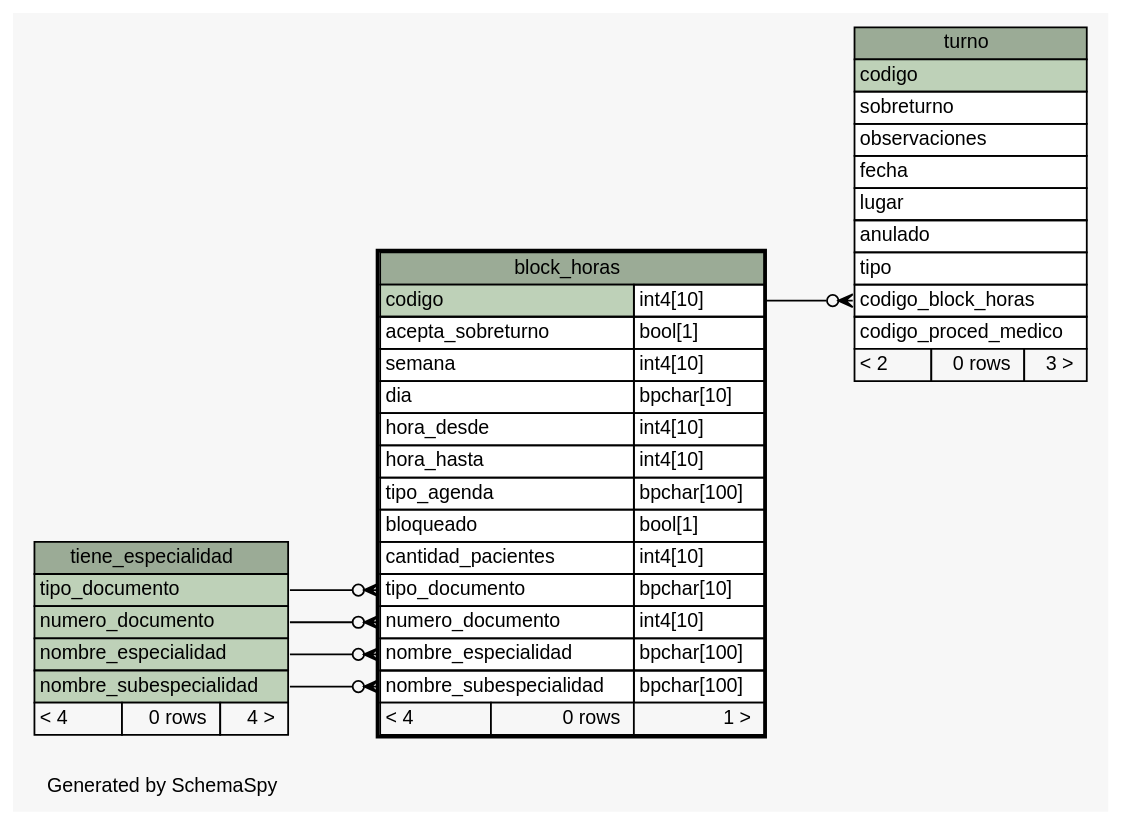
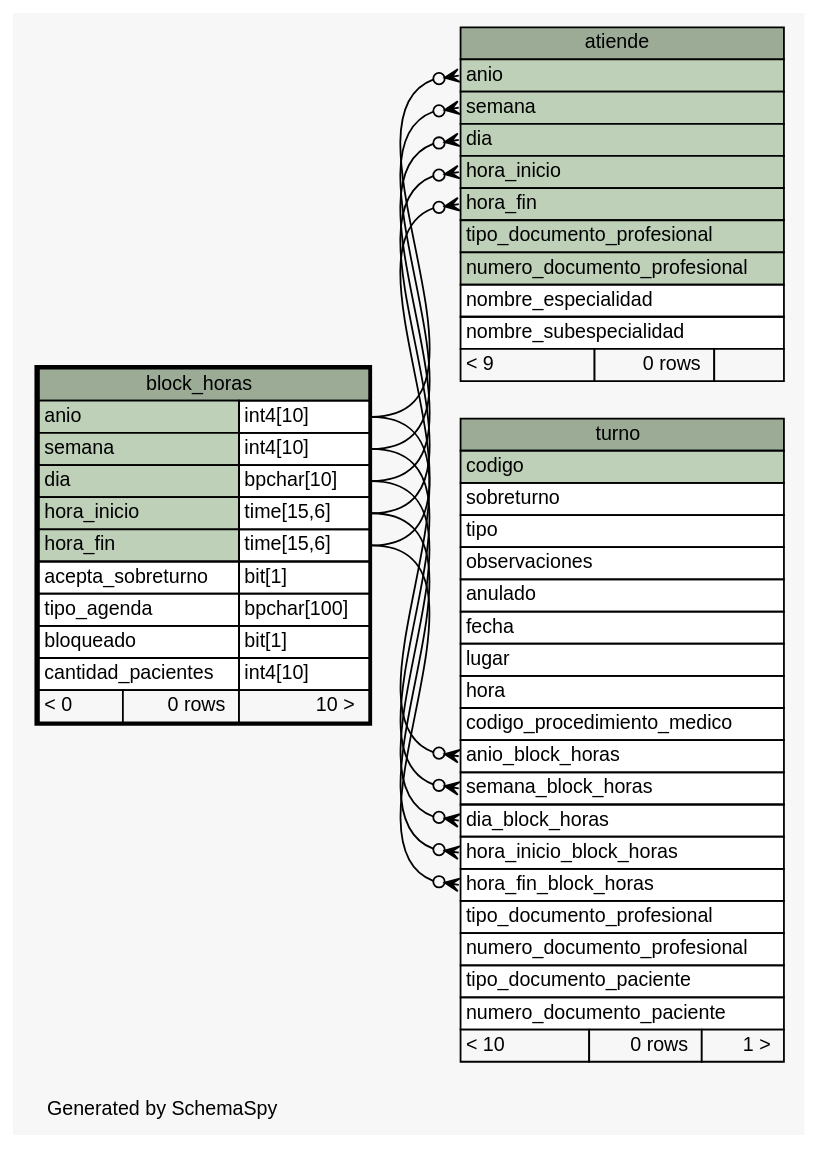
The diagram in tp1/build/schema/diagrams/block_horas.1degree.dot (smpiano/bd-1cuat-2014-agenda-med), drawn with Graphviz before and after one commit. The commit also changed 165 other files, not shown here.

```diff
--- a/tp1/build/schema/diagrams/block_horas.1degree.dot
+++ b/tp1/build/schema/diagrams/block_horas.1degree.dot
@@ -1,80 +1,95 @@
 // dot 2.26.3 on Linux 3.8.0-35-generic
 // SchemaSpy rev 590
 digraph "oneDegreeRelationshipsDiagram" {
   graph [
     rankdir="RL"
     bgcolor="#f7f7f7"
     label="\nGenerated by SchemaSpy"
     labeljust="l"
     nodesep="0.18"
     ranksep="0.46"
     fontname="Helvetica"
     fontsize="11"
   ];
   node [
     fontname="Helvetica"
     fontsize="11"
     shape="plaintext"
   ];
   edge [
     arrowsize="0.8"
   ];
-  "block_horas":"nombre_especialidad":w -> "tiene_especialidad":"nombre_especialidad":e [arrowhead=none dir=back arrowtail=crowodot];
-  "block_horas":"nombre_subespecialidad":w -> "tiene_especialidad":"nombre_subespecialidad":e [arrowhead=none dir=back arrowtail=crowodot];
-  "block_horas":"numero_documento":w -> "tiene_especialidad":"numero_documento":e [arrowhead=none dir=back arrowtail=crowodot];
-  "block_horas":"tipo_documento":w -> "tiene_especialidad":"tipo_documento":e [arrowhead=none dir=back arrowtail=crowodot];
-  "turno":"codigo_block_horas":w -> "block_horas":"codigo.type":e [arrowhead=none dir=back arrowtail=crowodot];
+  "atiende":"anio":w -> "block_horas":"anio.type":e [arrowhead=none dir=back arrowtail=crowodot];
+  "atiende":"dia":w -> "block_horas":"dia.type":e [arrowhead=none dir=back arrowtail=crowodot];
+  "atiende":"hora_fin":w -> "block_horas":"hora_fin.type":e [arrowhead=none dir=back arrowtail=crowodot];
+  "atiende":"hora_inicio":w -> "block_horas":"hora_inicio.type":e [arrowhead=none dir=back arrowtail=crowodot];
+  "atiende":"semana":w -> "block_horas":"semana.type":e [arrowhead=none dir=back arrowtail=crowodot];
+  "turno":"anio_block_horas":w -> "block_horas":"anio.type":e [arrowhead=none dir=back arrowtail=crowodot];
+  "turno":"dia_block_horas":w -> "block_horas":"dia.type":e [arrowhead=none dir=back arrowtail=crowodot];
+  "turno":"hora_fin_block_horas":w -> "block_horas":"hora_fin.type":e [arrowhead=none dir=back arrowtail=crowodot];
+  "turno":"hora_inicio_block_horas":w -> "block_horas":"hora_inicio.type":e [arrowhead=none dir=back arrowtail=crowodot];
+  "turno":"semana_block_horas":w -> "block_horas":"semana.type":e [arrowhead=none dir=back arrowtail=crowodot];
+  "atiende" [
+    label=<
+    <TABLE BORDER="0" CELLBORDER="1" CELLSPACING="0" BGCOLOR="#ffffff">
+      <TR><TD COLSPAN="3" BGCOLOR="#9bab96" ALIGN="CENTER">atiende</TD></TR>
+      <TR><TD PORT="anio" COLSPAN="3" BGCOLOR="#bed1b8" ALIGN="LEFT">anio</TD></TR>
+      <TR><TD PORT="semana" COLSPAN="3" BGCOLOR="#bed1b8" ALIGN="LEFT">semana</TD></TR>
+      <TR><TD PORT="dia" COLSPAN="3" BGCOLOR="#bed1b8" ALIGN="LEFT">dia</TD></TR>
+      <TR><TD PORT="hora_inicio" COLSPAN="3" BGCOLOR="#bed1b8" ALIGN="LEFT">hora_inicio</TD></TR>
+      <TR><TD PORT="hora_fin" COLSPAN="3" BGCOLOR="#bed1b8" ALIGN="LEFT">hora_fin</TD></TR>
+      <TR><TD PORT="tipo_documento_profesional" COLSPAN="3" BGCOLOR="#bed1b8" ALIGN="LEFT">tipo_documento_profesional</TD></TR>
+      <TR><TD PORT="numero_documento_profesional" COLSPAN="3" BGCOLOR="#bed1b8" ALIGN="LEFT">numero_documento_profesional</TD></TR>
+      <TR><TD PORT="nombre_especialidad" COLSPAN="3" ALIGN="LEFT">nombre_especialidad</TD></TR>
+      <TR><TD PORT="nombre_subespecialidad" COLSPAN="3" ALIGN="LEFT">nombre_subespecialidad</TD></TR>
+      <TR><TD ALIGN="LEFT" BGCOLOR="#f7f7f7">&lt; 9</TD><TD ALIGN="RIGHT" BGCOLOR="#f7f7f7">0 rows</TD><TD ALIGN="RIGHT" BGCOLOR="#f7f7f7">  </TD></TR>
+    </TABLE>>
+    URL="atiende.html"
+    tooltip="atiende"
+  ];
   "block_horas" [
     label=<
     <TABLE BORDER="2" CELLBORDER="1" CELLSPACING="0" BGCOLOR="#ffffff">
       <TR><TD COLSPAN="3" BGCOLOR="#9bab96" ALIGN="CENTER">block_horas</TD></TR>
-      <TR><TD PORT="codigo" COLSPAN="2" BGCOLOR="#bed1b8" ALIGN="LEFT">codigo</TD><TD PORT="codigo.type" ALIGN="LEFT">int4[10]</TD></TR>
-      <TR><TD PORT="acepta_sobreturno" COLSPAN="2" ALIGN="LEFT">acepta_sobreturno</TD><TD PORT="acepta_sobreturno.type" ALIGN="LEFT">bool[1]</TD></TR>
-      <TR><TD PORT="semana" COLSPAN="2" ALIGN="LEFT">semana</TD><TD PORT="semana.type" ALIGN="LEFT">int4[10]</TD></TR>
-      <TR><TD PORT="dia" COLSPAN="2" ALIGN="LEFT">dia</TD><TD PORT="dia.type" ALIGN="LEFT">bpchar[10]</TD></TR>
-      <TR><TD PORT="hora_desde" COLSPAN="2" ALIGN="LEFT">hora_desde</TD><TD PORT="hora_desde.type" ALIGN="LEFT">int4[10]</TD></TR>
-      <TR><TD PORT="hora_hasta" COLSPAN="2" ALIGN="LEFT">hora_hasta</TD><TD PORT="hora_hasta.type" ALIGN="LEFT">int4[10]</TD></TR>
+      <TR><TD PORT="anio" COLSPAN="2" BGCOLOR="#bed1b8" ALIGN="LEFT">anio</TD><TD PORT="anio.type" ALIGN="LEFT">int4[10]</TD></TR>
+      <TR><TD PORT="semana" COLSPAN="2" BGCOLOR="#bed1b8" ALIGN="LEFT">semana</TD><TD PORT="semana.type" ALIGN="LEFT">int4[10]</TD></TR>
+      <TR><TD PORT="dia" COLSPAN="2" BGCOLOR="#bed1b8" ALIGN="LEFT">dia</TD><TD PORT="dia.type" ALIGN="LEFT">bpchar[10]</TD></TR>
+      <TR><TD PORT="hora_inicio" COLSPAN="2" BGCOLOR="#bed1b8" ALIGN="LEFT">hora_inicio</TD><TD PORT="hora_inicio.type" ALIGN="LEFT">time[15,6]</TD></TR>
+      <TR><TD PORT="hora_fin" COLSPAN="2" BGCOLOR="#bed1b8" ALIGN="LEFT">hora_fin</TD><TD PORT="hora_fin.type" ALIGN="LEFT">time[15,6]</TD></TR>
+      <TR><TD PORT="acepta_sobreturno" COLSPAN="2" ALIGN="LEFT">acepta_sobreturno</TD><TD PORT="acepta_sobreturno.type" ALIGN="LEFT">bit[1]</TD></TR>
       <TR><TD PORT="tipo_agenda" COLSPAN="2" ALIGN="LEFT">tipo_agenda</TD><TD PORT="tipo_agenda.type" ALIGN="LEFT">bpchar[100]</TD></TR>
-      <TR><TD PORT="bloqueado" COLSPAN="2" ALIGN="LEFT">bloqueado</TD><TD PORT="bloqueado.type" ALIGN="LEFT">bool[1]</TD></TR>
+      <TR><TD PORT="bloqueado" COLSPAN="2" ALIGN="LEFT">bloqueado</TD><TD PORT="bloqueado.type" ALIGN="LEFT">bit[1]</TD></TR>
       <TR><TD PORT="cantidad_pacientes" COLSPAN="2" ALIGN="LEFT">cantidad_pacientes</TD><TD PORT="cantidad_pacientes.type" ALIGN="LEFT">int4[10]</TD></TR>
-      <TR><TD PORT="tipo_documento" COLSPAN="2" ALIGN="LEFT">tipo_documento</TD><TD PORT="tipo_documento.type" ALIGN="LEFT">bpchar[10]</TD></TR>
-      <TR><TD PORT="numero_documento" COLSPAN="2" ALIGN="LEFT">numero_documento</TD><TD PORT="numero_documento.type" ALIGN="LEFT">int4[10]</TD></TR>
-      <TR><TD PORT="nombre_especialidad" COLSPAN="2" ALIGN="LEFT">nombre_especialidad</TD><TD PORT="nombre_especialidad.type" ALIGN="LEFT">bpchar[100]</TD></TR>
-      <TR><TD PORT="nombre_subespecialidad" COLSPAN="2" ALIGN="LEFT">nombre_subespecialidad</TD><TD PORT="nombre_subespecialidad.type" ALIGN="LEFT">bpchar[100]</TD></TR>
-      <TR><TD ALIGN="LEFT" BGCOLOR="#f7f7f7">&lt; 4</TD><TD ALIGN="RIGHT" BGCOLOR="#f7f7f7">0 rows</TD><TD ALIGN="RIGHT" BGCOLOR="#f7f7f7">1 &gt;</TD></TR>
+      <TR><TD ALIGN="LEFT" BGCOLOR="#f7f7f7">&lt; 0</TD><TD ALIGN="RIGHT" BGCOLOR="#f7f7f7">0 rows</TD><TD ALIGN="RIGHT" BGCOLOR="#f7f7f7">10 &gt;</TD></TR>
     </TABLE>>
     URL="block_horas.html"
     tooltip="block_horas"
-  ];
-  "tiene_especialidad" [
-    label=<
-    <TABLE BORDER="0" CELLBORDER="1" CELLSPACING="0" BGCOLOR="#ffffff">
-      <TR><TD COLSPAN="3" BGCOLOR="#9bab96" ALIGN="CENTER">tiene_especialidad</TD></TR>
-      <TR><TD PORT="tipo_documento" COLSPAN="3" BGCOLOR="#bed1b8" ALIGN="LEFT">tipo_documento</TD></TR>
-      <TR><TD PORT="numero_documento" COLSPAN="3" BGCOLOR="#bed1b8" ALIGN="LEFT">numero_documento</TD></TR>
-      <TR><TD PORT="nombre_especialidad" COLSPAN="3" BGCOLOR="#bed1b8" ALIGN="LEFT">nombre_especialidad</TD></TR>
-      <TR><TD PORT="nombre_subespecialidad" COLSPAN="3" BGCOLOR="#bed1b8" ALIGN="LEFT">nombre_subespecialidad</TD></TR>
-      <TR><TD ALIGN="LEFT" BGCOLOR="#f7f7f7">&lt; 4</TD><TD ALIGN="RIGHT" BGCOLOR="#f7f7f7">0 rows</TD><TD ALIGN="RIGHT" BGCOLOR="#f7f7f7">4 &gt;</TD></TR>
-    </TABLE>>
-    URL="tiene_especialidad.html"
-    tooltip="tiene_especialidad"
   ];
   "turno" [
     label=<
     <TABLE BORDER="0" CELLBORDER="1" CELLSPACING="0" BGCOLOR="#ffffff">
       <TR><TD COLSPAN="3" BGCOLOR="#9bab96" ALIGN="CENTER">turno</TD></TR>
       <TR><TD PORT="codigo" COLSPAN="3" BGCOLOR="#bed1b8" ALIGN="LEFT">codigo</TD></TR>
       <TR><TD PORT="sobreturno" COLSPAN="3" ALIGN="LEFT">sobreturno</TD></TR>
+      <TR><TD PORT="tipo" COLSPAN="3" ALIGN="LEFT">tipo</TD></TR>
       <TR><TD PORT="observaciones" COLSPAN="3" ALIGN="LEFT">observaciones</TD></TR>
+      <TR><TD PORT="anulado" COLSPAN="3" ALIGN="LEFT">anulado</TD></TR>
       <TR><TD PORT="fecha" COLSPAN="3" ALIGN="LEFT">fecha</TD></TR>
       <TR><TD PORT="lugar" COLSPAN="3" ALIGN="LEFT">lugar</TD></TR>
-      <TR><TD PORT="anulado" COLSPAN="3" ALIGN="LEFT">anulado</TD></TR>
-      <TR><TD PORT="tipo" COLSPAN="3" ALIGN="LEFT">tipo</TD></TR>
-      <TR><TD PORT="codigo_block_horas" COLSPAN="3" ALIGN="LEFT">codigo_block_horas</TD></TR>
-      <TR><TD PORT="codigo_proced_medico" COLSPAN="3" ALIGN="LEFT">codigo_proced_medico</TD></TR>
-      <TR><TD ALIGN="LEFT" BGCOLOR="#f7f7f7">&lt; 2</TD><TD ALIGN="RIGHT" BGCOLOR="#f7f7f7">0 rows</TD><TD ALIGN="RIGHT" BGCOLOR="#f7f7f7">3 &gt;</TD></TR>
+      <TR><TD PORT="hora" COLSPAN="3" ALIGN="LEFT">hora</TD></TR>
+      <TR><TD PORT="codigo_procedimiento_medico" COLSPAN="3" ALIGN="LEFT">codigo_procedimiento_medico</TD></TR>
+      <TR><TD PORT="anio_block_horas" COLSPAN="3" ALIGN="LEFT">anio_block_horas</TD></TR>
+      <TR><TD PORT="semana_block_horas" COLSPAN="3" ALIGN="LEFT">semana_block_horas</TD></TR>
+      <TR><TD PORT="dia_block_horas" COLSPAN="3" ALIGN="LEFT">dia_block_horas</TD></TR>
+      <TR><TD PORT="hora_inicio_block_horas" COLSPAN="3" ALIGN="LEFT">hora_inicio_block_horas</TD></TR>
+      <TR><TD PORT="hora_fin_block_horas" COLSPAN="3" ALIGN="LEFT">hora_fin_block_horas</TD></TR>
+      <TR><TD PORT="tipo_documento_profesional" COLSPAN="3" ALIGN="LEFT">tipo_documento_profesional</TD></TR>
+      <TR><TD PORT="numero_documento_profesional" COLSPAN="3" ALIGN="LEFT">numero_documento_profesional</TD></TR>
+      <TR><TD PORT="tipo_documento_paciente" COLSPAN="3" ALIGN="LEFT">tipo_documento_paciente</TD></TR>
+      <TR><TD PORT="numero_documento_paciente" COLSPAN="3" ALIGN="LEFT">numero_documento_paciente</TD></TR>
+      <TR><TD ALIGN="LEFT" BGCOLOR="#f7f7f7">&lt; 10</TD><TD ALIGN="RIGHT" BGCOLOR="#f7f7f7">0 rows</TD><TD ALIGN="RIGHT" BGCOLOR="#f7f7f7">1 &gt;</TD></TR>
     </TABLE>>
     URL="turno.html"
     tooltip="turno"
   ];
 }
```
